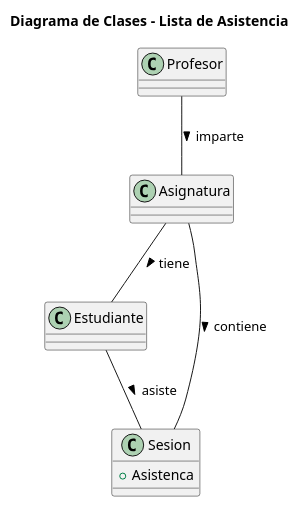
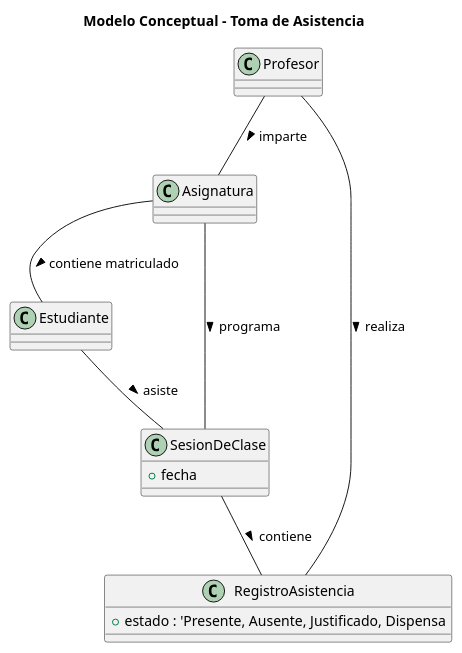
One commit to enmabry/25-26-IdSw1-SdR changed the diagram in documents/ModeloDelDominio/DiagramasDeClase/Asistencia/Asistencia.puml. Above: the diagram before and after it, drawn with PlantUML.

Commit message:
Iteración sobre el diagrama de clases de asitencias.

```diff
--- a/documents/ModeloDelDominio/DiagramasDeClase/Asistencia/Asistencia.puml
+++ b/documents/ModeloDelDominio/DiagramasDeClase/Asistencia/Asistencia.puml
@@ -1,22 +1,28 @@
 @startuml Asistencia
-title Diagrama de Clases - Lista de Asistencia
+title Modelo Conceptual - Toma de Asistencia
 
 class Profesor {
 }
 
 class Asignatura {
 }
 
 class Estudiante {
 }
 
-class Sesion {
-  +Asistenca 
+class SesionDeClase {
+  +fecha
+}
+
+class RegistroAsistencia {
+ +estado : 'Presente, Ausente, Justificado, Dispensa
 }
 
 ' ===== RELACIONES =====
 Profesor -- Asignatura : imparte >
-Asignatura -- Sesion : contiene >
-Asignatura -- Estudiante : tiene >
-Estudiante -- Sesion : asiste >
+Asignatura -- SesionDeClase : programa >
+Asignatura -- Estudiante : contiene matriculado >
+Profesor -- RegistroAsistencia : realiza >
+SesionDeClase -- RegistroAsistencia : contiene >
+Estudiante -- SesionDeClase : asiste >
 @enduml
```
